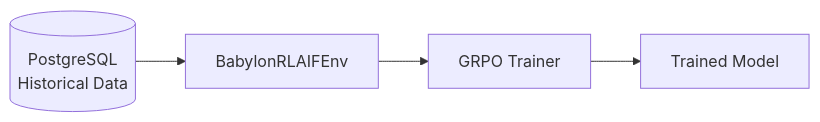
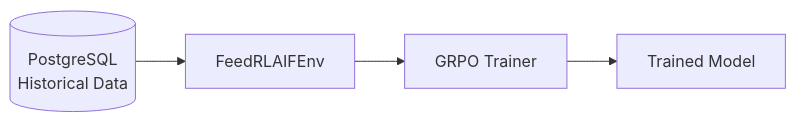
The first of 3 diagrams in packages/feed/packages/training/book/src/training-pipeline/modes.md (elizaOS/eliza), drawn with Mermaid before and after one commit. The commit also changed other lines of this file and 2477 other files, not shown here.

First line of the commit message:
chore(feed): rename babylon → feed across packages/feed

````diff
--- a/packages/feed/packages/training/book/src/training-pipeline/modes.md
+++ b/packages/feed/packages/training/book/src/training-pipeline/modes.md
@@ -15,6 +15,6 @@
 ```mermaid
 graph LR
-    DB[(PostgreSQL<br/>Historical Data)] --> ENV[BabylonRLAIFEnv]
+    DB[(PostgreSQL<br/>Historical Data)] --> ENV[FeedRLAIFEnv]
     ENV --> TRAINER[GRPO Trainer]
     TRAINER --> MODEL[Trained Model]
 ```
````
